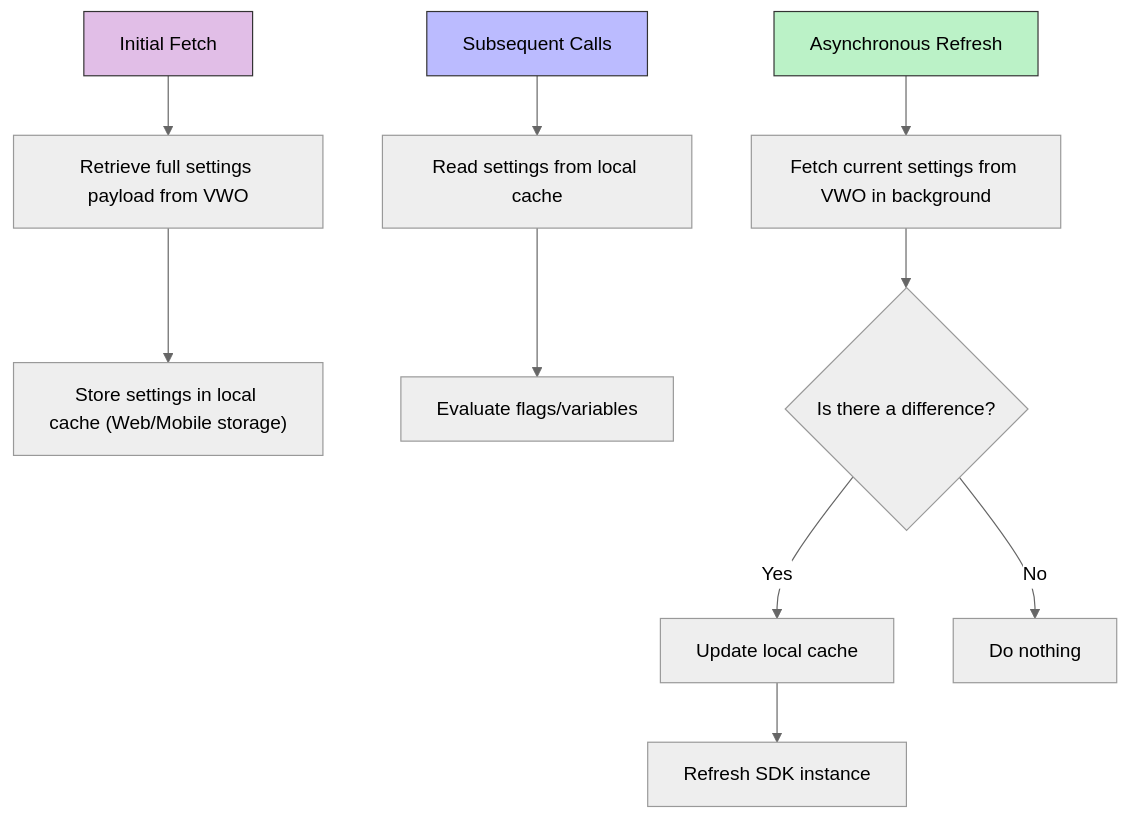
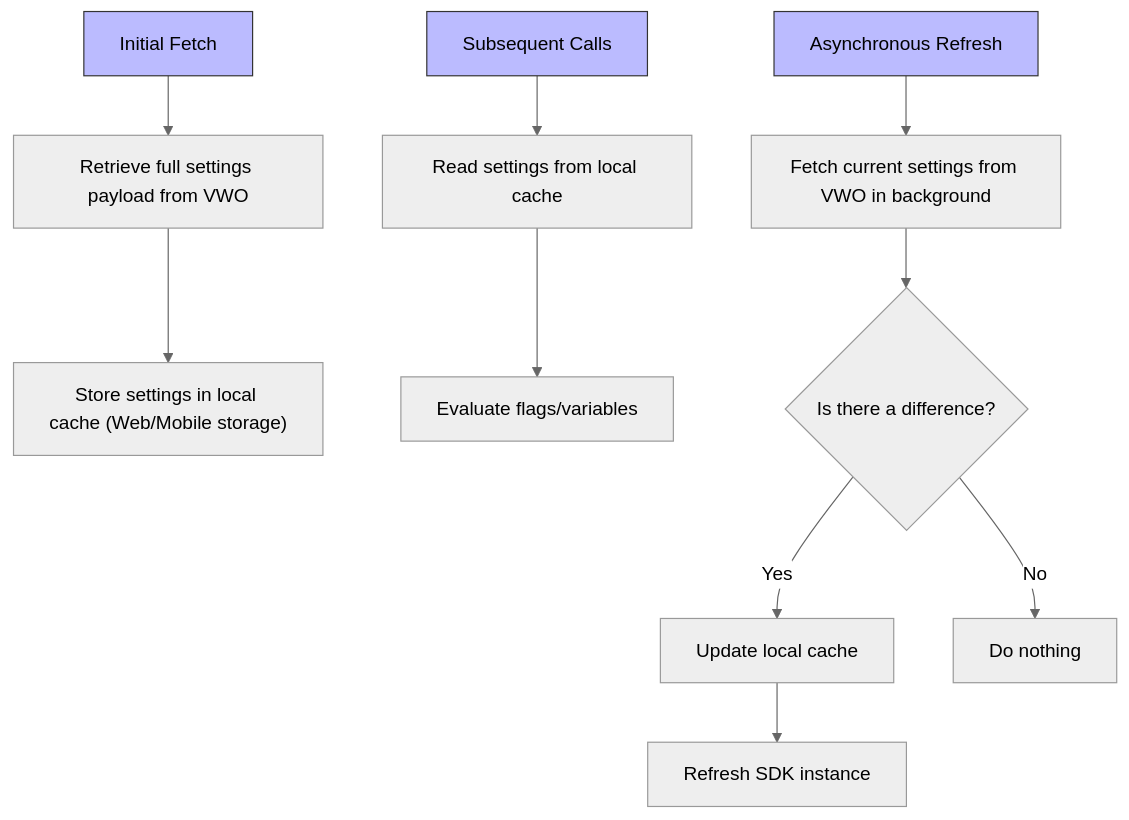
One commit to wingify/readme-central changed the first of 3 diagrams in docs/Concepts/fme-sdks-caching.md. Above: the diagram before and after it, drawn with Mermaid (neutral theme). The commit also changed other lines of this file, not shown here.

Commit message:
Update doc `fme-sdks-caching`

````diff
--- a/docs/Concepts/fme-sdks-caching.md
+++ b/docs/Concepts/fme-sdks-caching.md
@@ -50,25 +50,25 @@
 ```mermaid
 flowchart TD
     A[Initial Fetch] --> B[Retrieve full settings payload from VWO]
     B --> C["Store settings in local cache (Web/Mobile storage)"]
 
     D[Subsequent Calls] --> E[Read settings from local cache]
     E --> F[Evaluate flags/variables]
 
     G[Asynchronous Refresh] --> H[Fetch current settings from VWO in background]
     H --> I{Is there a difference?}
     I -- Yes --> J[Update local cache]
     J --> K[Refresh SDK instance]
     I -- No --> L[Do nothing]
 
     %% Assign classes
     class A initial
     class D subsequent
     class G async
 
     %% Define styles
-    classDef initial fill:#E1BEE7,stroke:#333,stroke-width:1px,color:#000
+    classDef initial fill:#bbf,stroke:#333,stroke-width:1px,color:#000
     classDef subsequent fill:#bbf,stroke:#333,stroke-width:1px,color:#000
-    classDef async fill:#bbf2c7,stroke:#333,stroke-width:1px,color:#000
+    classDef async fill:#bbf,stroke:#333,stroke-width:1px,color:#000
 
 ```
````
